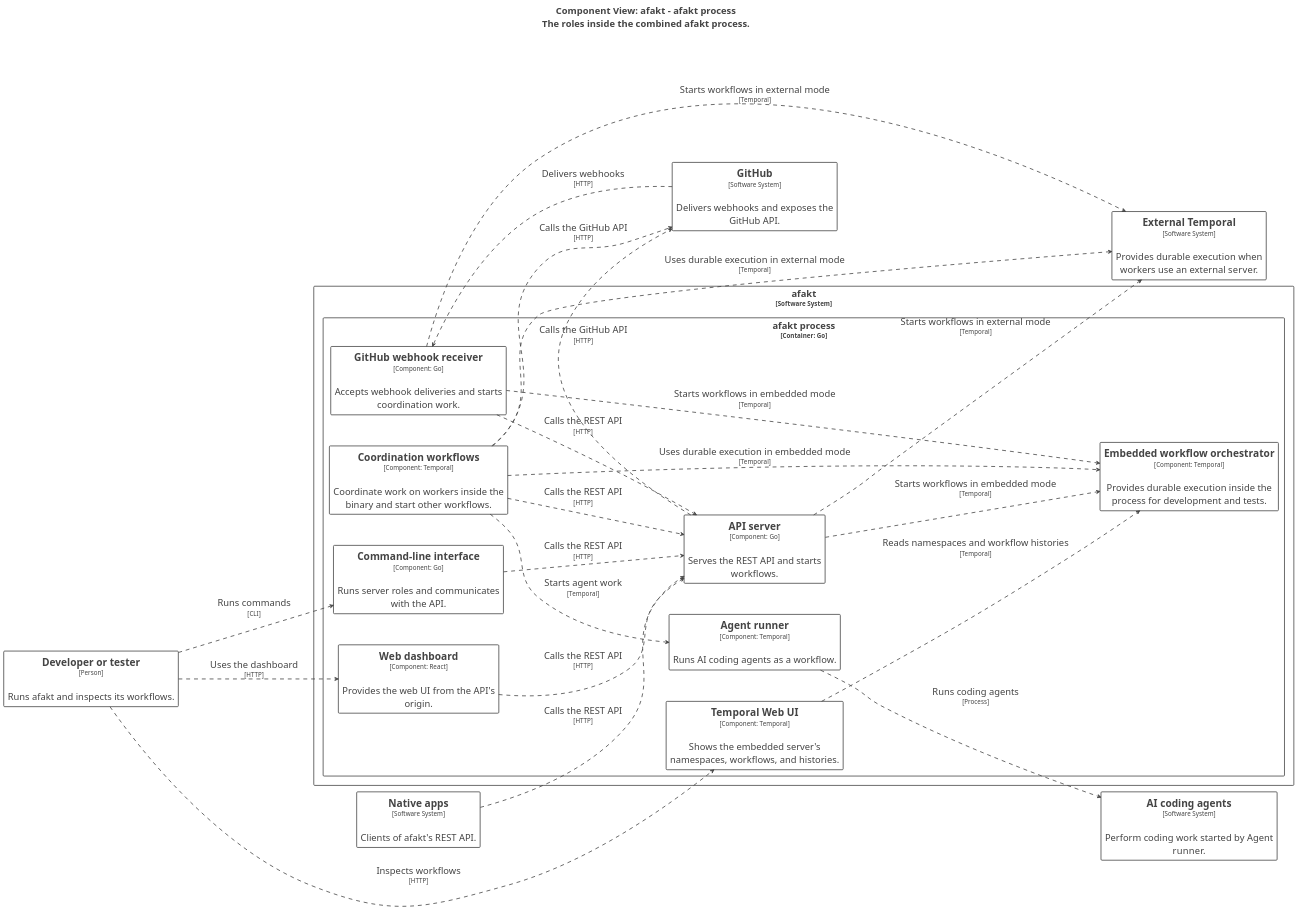
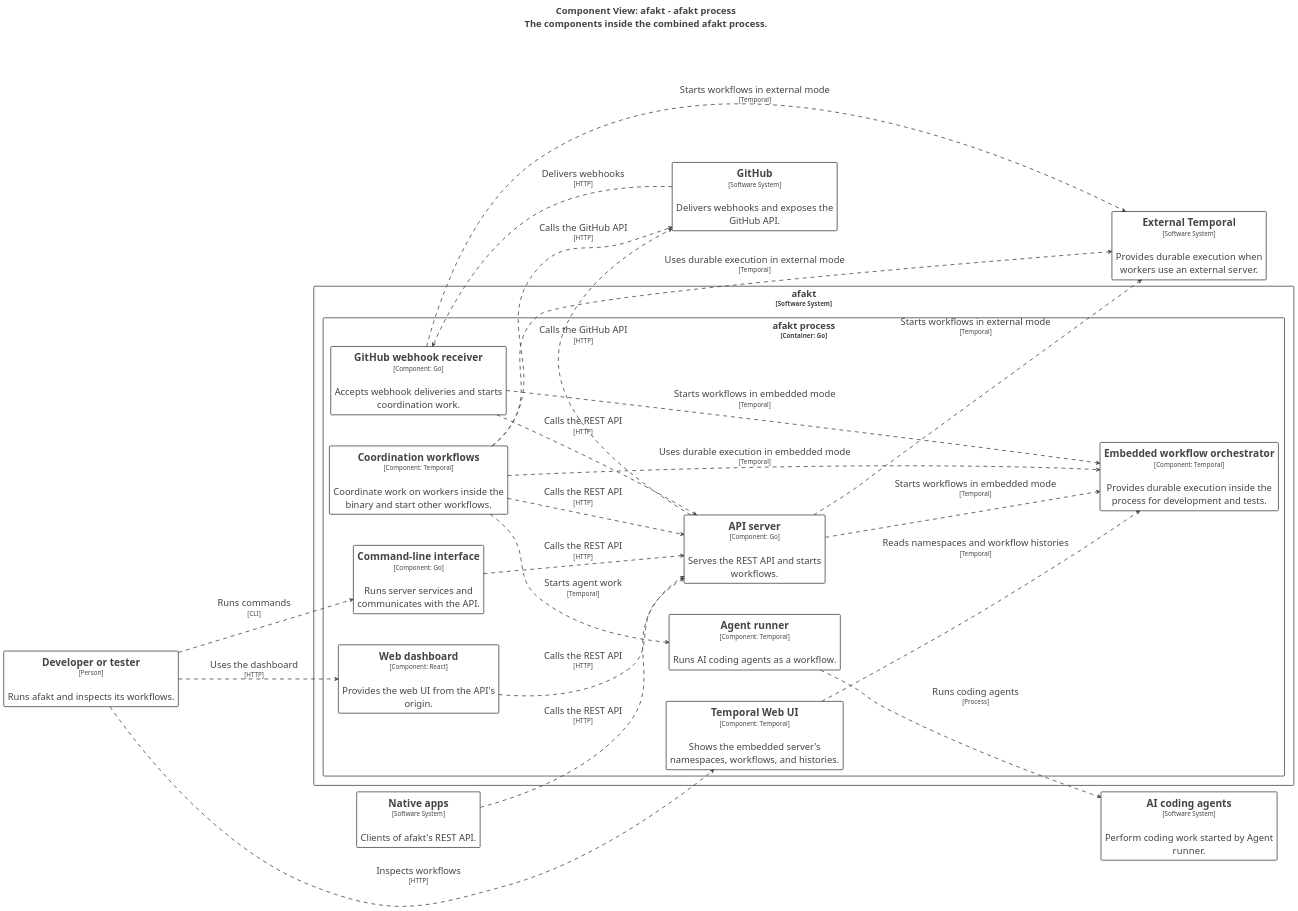
The diagram in docs/diagrams/structurizr-afakt-components.puml (tbhb-dev/afakt), drawn with PlantUML before and after one commit. The commit also changed 40 other files, not shown here.

```diff
--- a/docs/diagrams/structurizr-afakt-components.puml
+++ b/docs/diagrams/structurizr-afakt-components.puml
@@ -1,107 +1,107 @@
 @startuml
-title <size:24>Component View: afakt - afakt process</size>\n<size:24>The roles inside the combined afakt process.</size>
+title <size:24>Component View: afakt - afakt process</size>\n<size:24>The components inside the combined afakt process.</size>
 
 set separator none
 left to right direction
 skinparam ranksep 20
 skinparam nodesep 5
 hide stereotype
 
 skinparam {
   nodesep 80
   ranksep 160
 }
 
 <style>
   root {
     BackgroundColor: #ffffff;
     FontColor: #444444;
   }
   // Element
   .Element-RWxlbWVudA== {
     BackgroundColor: #ffffff;
     LineColor: #444444;
     LineStyle: 0;
     LineThickness: 2;
     FontColor: #444444;
     FontSize: 24;
     HorizontalAlignment: center;
     Shadowing: 0;
     MaximumWidth: 450;
   }
   // Relationship
   .Relationship-UmVsYXRpb25zaGlw {
     LineThickness: 2;
     LineStyle: 10-10;
     LineColor: #444444;
     FontColor: #444444;
     FontSize: 24;
     MaximumWidth: 200;
   }
   // afakt
   .Boundary-YWZha3Q= {
     BackgroundColor: #ffffff;
     LineColor: #444444;
     LineStyle: 0;
     LineThickness: 2;
     FontColor: #444444;
     FontSize: 24;
     HorizontalAlignment: center;
     Shadowing: 0;
   }
   // afakt process
   .Boundary-YWZha3QgcHJvY2Vzcw== {
     BackgroundColor: #ffffff;
     LineColor: #444444;
     LineStyle: 0;
     LineThickness: 2;
     FontColor: #444444;
     FontSize: 24;
     HorizontalAlignment: center;
     Shadowing: 0;
   }
 </style>
 
 rectangle "==Developer or tester\n<size:16>[Person]</size>\n\nRuns afakt and inspects its workflows." <<Element-RWxlbWVudA==>> as Developerortester
 
 rectangle "==GitHub\n<size:16>[Software System]</size>\n\nDelivers webhooks and exposes the GitHub API." <<Element-RWxlbWVudA==>> as GitHub
 rectangle "==Native apps\n<size:16>[Software System]</size>\n\nClients of afakt's REST API." <<Element-RWxlbWVudA==>> as Nativeapps
 rectangle "==AI coding agents\n<size:16>[Software System]</size>\n\nPerform coding work started by Agent runner." <<Element-RWxlbWVudA==>> as AIcodingagents
 rectangle "==External Temporal\n<size:16>[Software System]</size>\n\nProvides durable execution when workers use an external server." <<Element-RWxlbWVudA==>> as ExternalTemporal
 
 rectangle "afakt\n<size:16>[Software System]</size>" <<Boundary-YWZha3Q=>> {
   rectangle "afakt process\n<size:16>[Container: Go]</size>" <<Boundary-YWZha3QgcHJvY2Vzcw==>> {
     rectangle "==GitHub webhook receiver\n<size:16>[Component: Go]</size>\n\nAccepts webhook deliveries and starts coordination work." <<Element-RWxlbWVudA==>> as afakt.afaktprocess.GitHubwebhookreceiver
     rectangle "==Web dashboard\n<size:16>[Component: React]</size>\n\nProvides the web UI from the API's origin." <<Element-RWxlbWVudA==>> as afakt.afaktprocess.Webdashboard
     rectangle "==Embedded workflow orchestrator\n<size:16>[Component: Temporal]</size>\n\nProvides durable execution inside the process for development and tests." <<Element-RWxlbWVudA==>> as afakt.afaktprocess.Embeddedworkfloworchestrator
     rectangle "==Coordination workflows\n<size:16>[Component: Temporal]</size>\n\nCoordinate work on workers inside the binary and start other workflows." <<Element-RWxlbWVudA==>> as afakt.afaktprocess.Coordinationworkflows
     rectangle "==Agent runner\n<size:16>[Component: Temporal]</size>\n\nRuns AI coding agents as a workflow." <<Element-RWxlbWVudA==>> as afakt.afaktprocess.Agentrunner
     rectangle "==Temporal Web UI\n<size:16>[Component: Temporal]</size>\n\nShows the embedded server's namespaces, workflows, and histories." <<Element-RWxlbWVudA==>> as afakt.afaktprocess.TemporalWebUI
-    rectangle "==Command-line interface\n<size:16>[Component: Go]</size>\n\nRuns server roles and communicates with the API." <<Element-RWxlbWVudA==>> as afakt.afaktprocess.Commandlineinterface
+    rectangle "==Command-line interface\n<size:16>[Component: Go]</size>\n\nRuns server services and communicates with the API." <<Element-RWxlbWVudA==>> as afakt.afaktprocess.Commandlineinterface
     rectangle "==API server\n<size:16>[Component: Go]</size>\n\nServes the REST API and starts workflows." <<Element-RWxlbWVudA==>> as afakt.afaktprocess.APIserver
   }
 
 }
 
 Developerortester --> afakt.afaktprocess.Commandlineinterface <<Relationship-UmVsYXRpb25zaGlw>> : "Runs commands\n<size:16>[CLI]</size>"
 Developerortester --> afakt.afaktprocess.Webdashboard <<Relationship-UmVsYXRpb25zaGlw>> : "Uses the dashboard\n<size:16>[HTTP]</size>"
 Developerortester --> afakt.afaktprocess.TemporalWebUI <<Relationship-UmVsYXRpb25zaGlw>> : "Inspects workflows\n<size:16>[HTTP]</size>"
 Nativeapps --> afakt.afaktprocess.APIserver <<Relationship-UmVsYXRpb25zaGlw>> : "Calls the REST API\n<size:16>[HTTP]</size>"
 afakt.afaktprocess.Commandlineinterface --> afakt.afaktprocess.APIserver <<Relationship-UmVsYXRpb25zaGlw>> : "Calls the REST API\n<size:16>[HTTP]</size>"
 afakt.afaktprocess.Webdashboard --> afakt.afaktprocess.APIserver <<Relationship-UmVsYXRpb25zaGlw>> : "Calls the REST API\n<size:16>[HTTP]</size>"
 GitHub --> afakt.afaktprocess.GitHubwebhookreceiver <<Relationship-UmVsYXRpb25zaGlw>> : "Delivers webhooks\n<size:16>[HTTP]</size>"
 afakt.afaktprocess.GitHubwebhookreceiver --> afakt.afaktprocess.APIserver <<Relationship-UmVsYXRpb25zaGlw>> : "Calls the REST API\n<size:16>[HTTP]</size>"
 afakt.afaktprocess.GitHubwebhookreceiver --> afakt.afaktprocess.Embeddedworkfloworchestrator <<Relationship-UmVsYXRpb25zaGlw>> : "Starts workflows in embedded mode\n<size:16>[Temporal]</size>"
 afakt.afaktprocess.GitHubwebhookreceiver --> ExternalTemporal <<Relationship-UmVsYXRpb25zaGlw>> : "Starts workflows in external mode\n<size:16>[Temporal]</size>"
 afakt.afaktprocess.APIserver --> afakt.afaktprocess.Embeddedworkfloworchestrator <<Relationship-UmVsYXRpb25zaGlw>> : "Starts workflows in embedded mode\n<size:16>[Temporal]</size>"
 afakt.afaktprocess.APIserver --> ExternalTemporal <<Relationship-UmVsYXRpb25zaGlw>> : "Starts workflows in external mode\n<size:16>[Temporal]</size>"
 afakt.afaktprocess.APIserver --> GitHub <<Relationship-UmVsYXRpb25zaGlw>> : "Calls the GitHub API\n<size:16>[HTTP]</size>"
 afakt.afaktprocess.Coordinationworkflows --> afakt.afaktprocess.APIserver <<Relationship-UmVsYXRpb25zaGlw>> : "Calls the REST API\n<size:16>[HTTP]</size>"
 afakt.afaktprocess.Coordinationworkflows --> GitHub <<Relationship-UmVsYXRpb25zaGlw>> : "Calls the GitHub API\n<size:16>[HTTP]</size>"
 afakt.afaktprocess.Coordinationworkflows --> afakt.afaktprocess.Embeddedworkfloworchestrator <<Relationship-UmVsYXRpb25zaGlw>> : "Uses durable execution in embedded mode\n<size:16>[Temporal]</size>"
 afakt.afaktprocess.Coordinationworkflows --> ExternalTemporal <<Relationship-UmVsYXRpb25zaGlw>> : "Uses durable execution in external mode\n<size:16>[Temporal]</size>"
 afakt.afaktprocess.Coordinationworkflows --> afakt.afaktprocess.Agentrunner <<Relationship-UmVsYXRpb25zaGlw>> : "Starts agent work\n<size:16>[Temporal]</size>"
 afakt.afaktprocess.Agentrunner --> AIcodingagents <<Relationship-UmVsYXRpb25zaGlw>> : "Runs coding agents\n<size:16>[Process]</size>"
 afakt.afaktprocess.TemporalWebUI --> afakt.afaktprocess.Embeddedworkfloworchestrator <<Relationship-UmVsYXRpb25zaGlw>> : "Reads namespaces and workflow histories\n<size:16>[Temporal]</size>"
 
 @enduml
```
